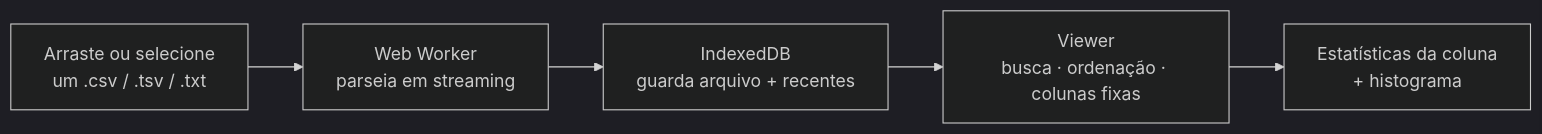
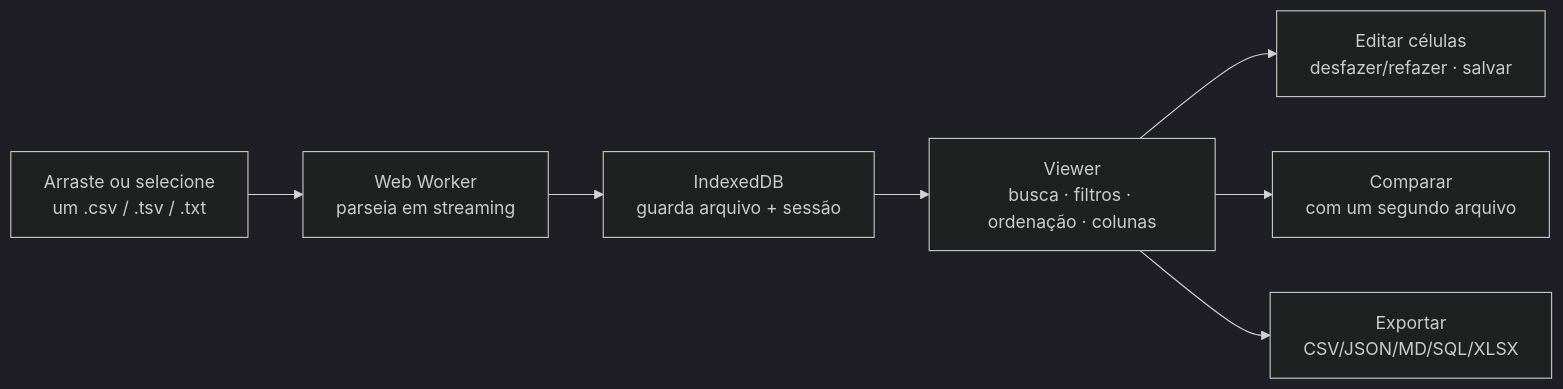
Before and after one commit to werlesson/csvview: the diagram in README.md, drawn with Mermaid (dark theme). The commit also changed other lines of this file and 6 other files, not shown here.

````diff
--- a/README.md
+++ b/README.md
@@ -49,7 +54,9 @@
 ```mermaid
 flowchart LR
     A["Arraste ou selecione<br>um .csv / .tsv / .txt"] --> B["Web Worker<br>parseia em streaming"]
-    B --> C["IndexedDB<br>guarda arquivo + recentes"]
-    C --> D["Viewer<br>busca · ordenação · colunas fixas"]
-    D --> E["Estatísticas da coluna<br>+ histograma"]
+    B --> C["IndexedDB<br>guarda arquivo + sessão"]
+    C --> D["Viewer<br>busca · filtros · ordenação · colunas"]
+    D --> E["Editar células<br>desfazer/refazer · salvar"]
+    D --> F["Comparar<br>com um segundo arquivo"]
+    D --> G["Exportar<br>CSV/JSON/MD/SQL/XLSX"]
 ```
````
